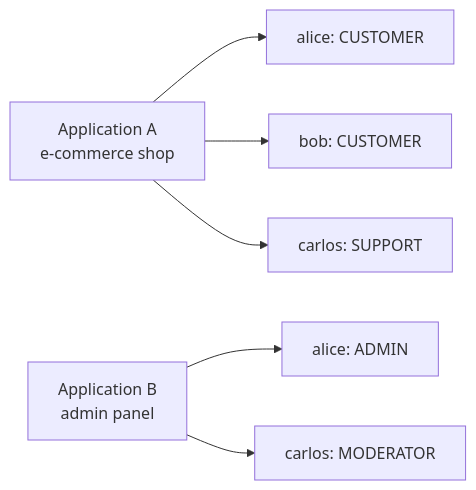
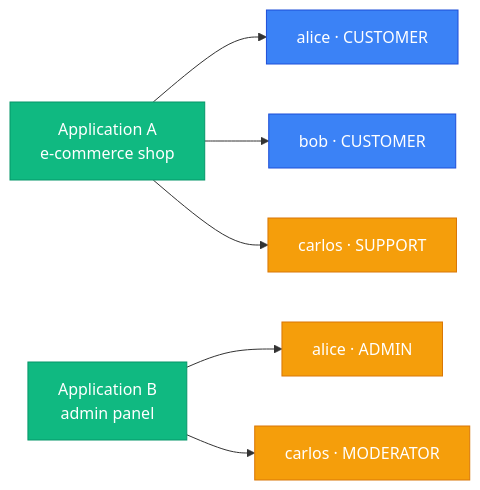
One commit to lanmata/backbone-rest changed the first of 8 diagrams in docs/v1/04-application-client.md. Above: the diagram before and after it, drawn with Mermaid. The commit also changed other lines of this file and 47 other files, not shown here.

````diff
--- a/docs/v1/04-application-client.md
+++ b/docs/v1/04-application-client.md
@@ -19,10 +19,15 @@
 ```mermaid
 graph LR
-    AppA["Application A\ne-commerce shop"]
-    AppB["Application B\nadmin panel"]
-    AppA --> alice_a["alice: CUSTOMER"]
-    AppA --> bob["bob: CUSTOMER"]
-    AppA --> carlos_a["carlos: SUPPORT"]
-    AppB --> alice_b["alice: ADMIN"]
-    AppB --> carlos_b["carlos: MODERATOR"]
+    classDef appClass  fill:#10B981,stroke:#059669,color:#fff
+    classDef userClass fill:#3B82F6,stroke:#1D4ED8,color:#fff
+    classDef roleClass fill:#F59E0B,stroke:#D97706,color:#fff
+
+    AppA["Application A\ne-commerce shop"]:::appClass
+    AppB["Application B\nadmin panel"]:::appClass
+
+    AppA --> alice_a["alice · CUSTOMER"]:::userClass
+    AppA --> bob["bob · CUSTOMER"]:::userClass
+    AppA --> carlos_a["carlos · SUPPORT"]:::roleClass
+    AppB --> alice_b["alice · ADMIN"]:::roleClass
+    AppB --> carlos_b["carlos · MODERATOR"]:::roleClass
 ```
````
